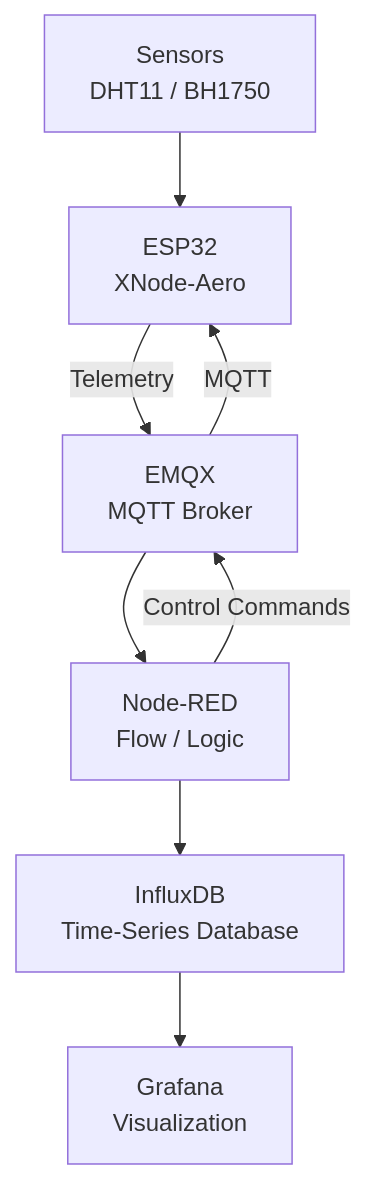
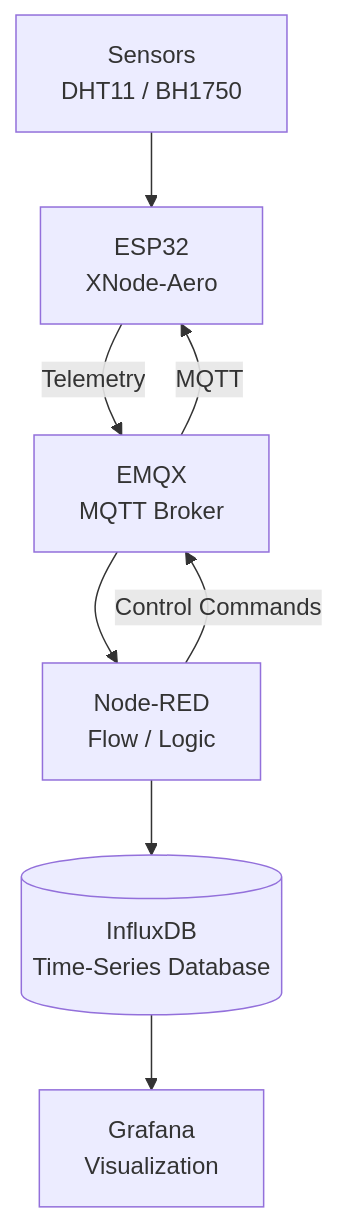
The diagram in XNode-Aero/README.md (X-Mind-World/XNode), drawn with Mermaid before and after one commit.

````diff
--- a/XNode-Aero/README.md
+++ b/XNode-Aero/README.md
@@ -20,18 +20,17 @@
 ```mermaid
-flowchart TD
+flowchart TB
     A["Sensors<br/>DHT11 / BH1750"]
     B["ESP32<br/>XNode-Aero"]
     C["EMQX<br/>MQTT Broker"]
     D["Node-RED<br/>Flow / Logic"]
-    E["InfluxDB<br/>Time-Series Database"]
+    E[("InfluxDB<br/>Time-Series Database")]
     F["Grafana<br/>Visualization"]
-
     A --> B
-    B -->|Telemetry| C
+    B -->|"Telemetry"| C
     C --> D
     D --> E
     E --> F
-
-    D -->|Control Commands| C
-    C -->|MQTT| B
+    D -->|"Control Commands"| C
+    C -->|"MQTT"| B
+    %% mermaid-flow:pos A=153,90 B=153,200 C=153,310 D=153,420 E=153,530 F=153,640
 ```
````
